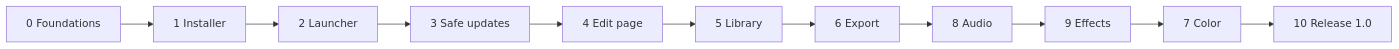
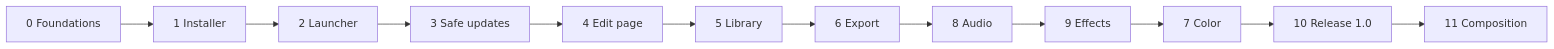
Before and after one commit to Rhyslos/Kiria-Video-Editor: the diagram in docs/build-plan.md, drawn with Mermaid. The commit also changed other lines of this file and 1 other file, not shown here.

First line of the commit message:
Plan: effects v1 on the Edit page, the Composition page after version 1

````diff
--- a/docs/build-plan.md
+++ b/docs/build-plan.md
@@ -19,6 +19,6 @@
 ```mermaid
 flowchart LR
     P0[0 Foundations] --> P1[1 Installer] --> P2[2 Launcher] --> P3[3 Safe updates]
     P3 --> P4[4 Edit page] --> P5[5 Library] --> P6[6 Export]
-    P6 --> P8[8 Audio] --> P9[9 Effects] --> P7[7 Color] --> P10[10 Release 1.0]
+    P6 --> P8[8 Audio] --> P9[9 Effects] --> P7[7 Color] --> P10[10 Release 1.0] --> P11[11 Composition]
 ```
````
